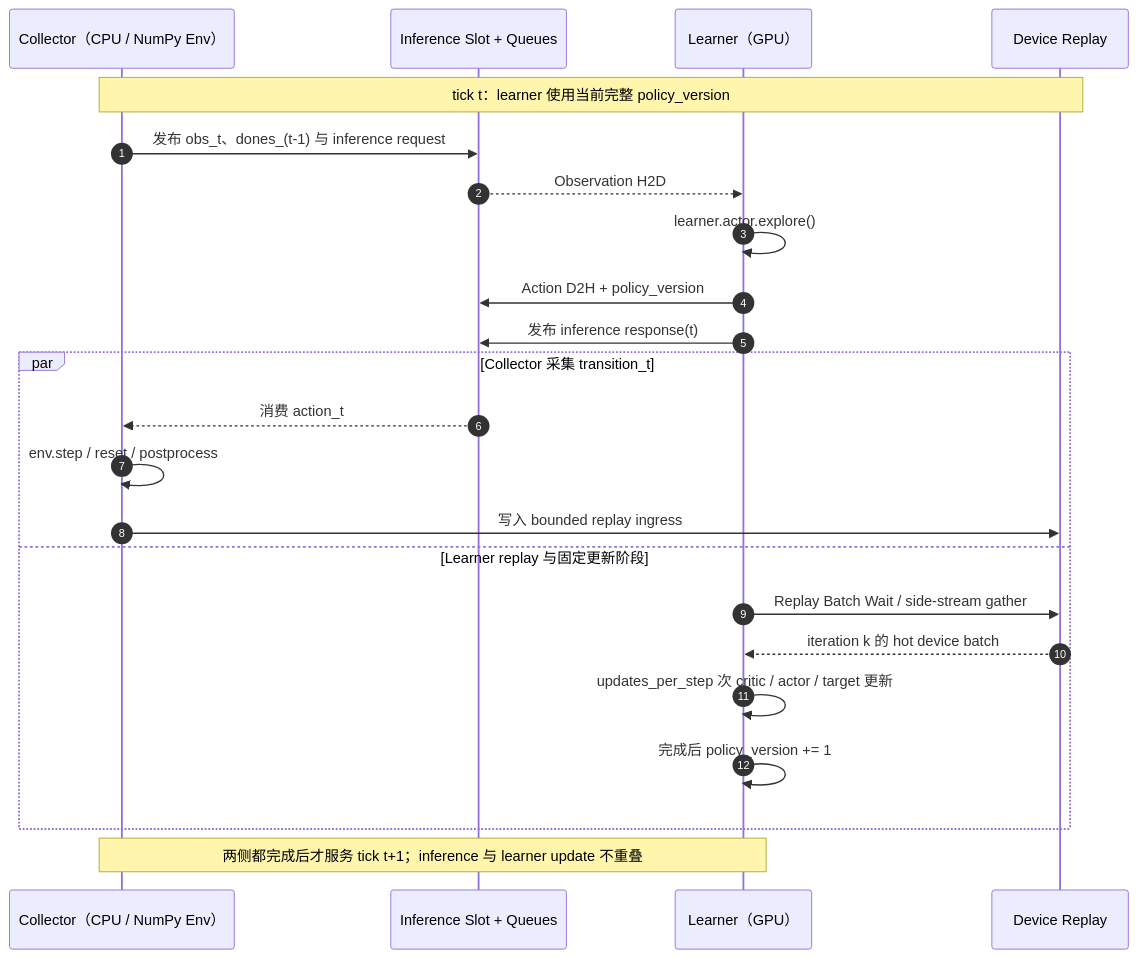
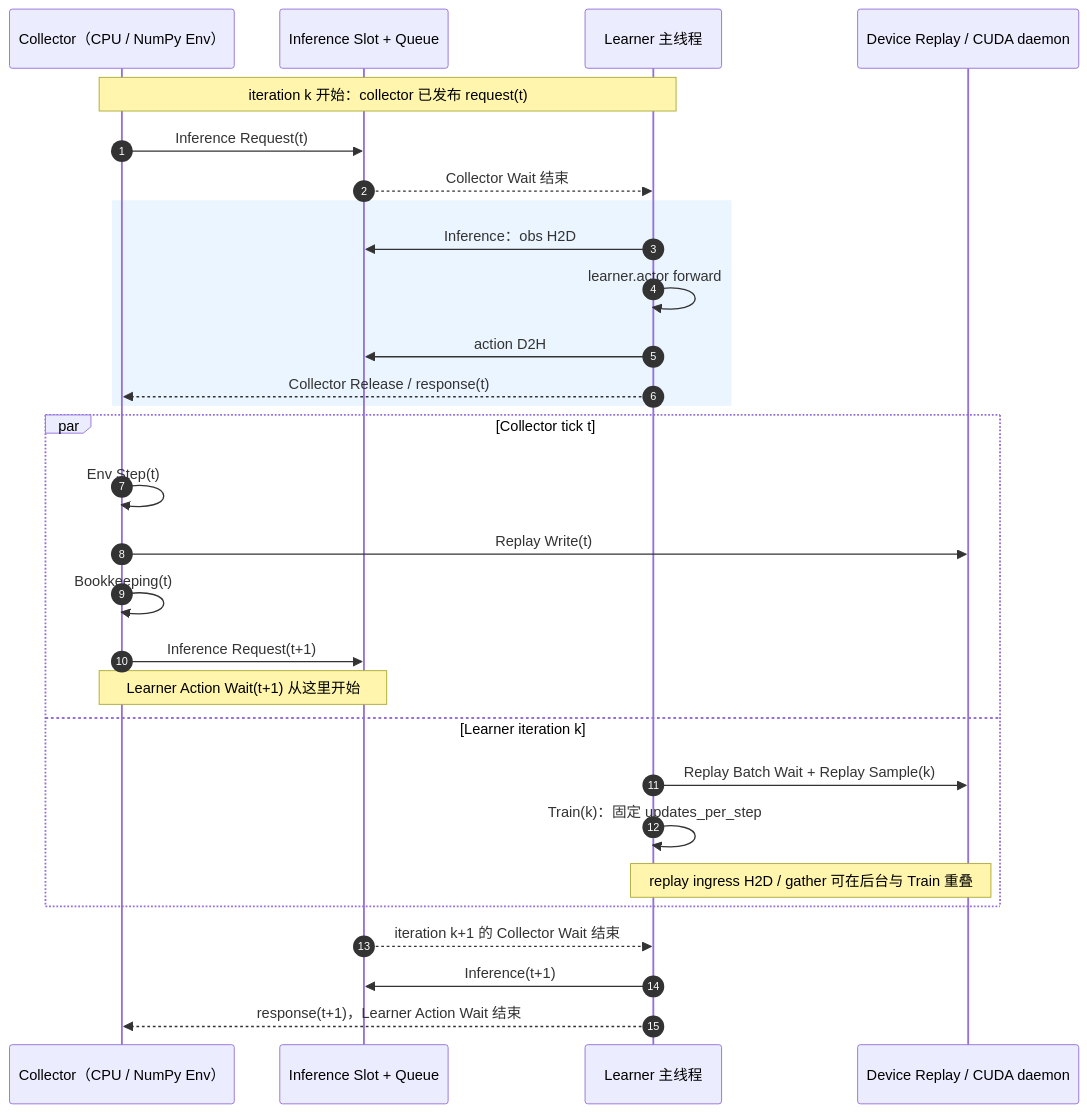
One commit to Motphys/UniLab changed the first of 2 diagrams in docs/sphinx/source/zh_CN/2-user_guide/1-training/3-logging.md. Above: the diagram before and after it, drawn with Mermaid. The commit also changed other lines of this file and 14 other files, not shown here.

````diff
--- a/docs/sphinx/source/zh_CN/2-user_guide/1-training/3-logging.md
+++ b/docs/sphinx/source/zh_CN/2-user_guide/1-training/3-logging.md
@@ -121,28 +158,34 @@
 ```{mermaid}
 sequenceDiagram
     autonumber
     participant C as Collector（CPU / NumPy Env）
-    participant I as Inference Slot + Queues
-    participant L as Learner（GPU）
-    participant R as Device Replay
+    participant I as Inference Slot + Queue
+    participant L as Learner 主线程
+    participant D as Device Replay / CUDA daemon
 
-    Note over C,R: tick t：learner 使用当前完整 policy_version
-    C->>I: 发布 obs_t、dones_(t-1) 与 inference request
-    I-->>L: Observation H2D
-    L->>L: learner.actor.explore()
-    L->>I: Action D2H + policy_version
-    L->>I: 发布 inference response(t)
-
-    par Collector 采集 transition_t
-        I-->>C: 消费 action_t
-        C->>C: env.step / reset / postprocess
-        C->>R: 写入 bounded replay ingress
-    and Learner replay 与固定更新阶段
-        L->>R: Replay Batch Wait / side-stream gather
-        R-->>L: iteration k 的 hot device batch
-        L->>L: updates_per_step 次 critic / actor / target 更新
-        L->>L: 完成后 policy_version += 1
+    Note over C,L: iteration k 开始：collector 已发布 request(t)
+    C->>I: Inference Request(t)
+    I-->>L: Collector Wait 结束
+    rect rgb(235, 245, 255)
+        L->>I: Inference：obs H2D
+        L->>L: learner.actor forward
+        L->>I: action D2H
+        L-->>C: Collector Release / response(t)
     end
 
-    Note over C,L: 两侧都完成后才服务 tick t+1；inference 与 learner update 不重叠
+    par Collector tick t
+        C->>C: Env Step(t)
+        C->>D: Replay Write(t)
+        C->>C: Bookkeeping(t)
+        C->>I: Inference Request(t+1)
+        Note over C,I: Learner Action Wait(t+1) 从这里开始
+    and Learner iteration k
+        L->>D: Replay Batch Wait + Replay Sample(k)
+        L->>L: Train(k)：固定 updates_per_step
+        Note over D,L: replay ingress H2D / gather 可在后台与 Train 重叠
+    end
+
+    I-->>L: iteration k+1 的 Collector Wait 结束
+    L->>I: Inference(t+1)
+    L-->>C: response(t+1)，Learner Action Wait 结束
 ```
````
